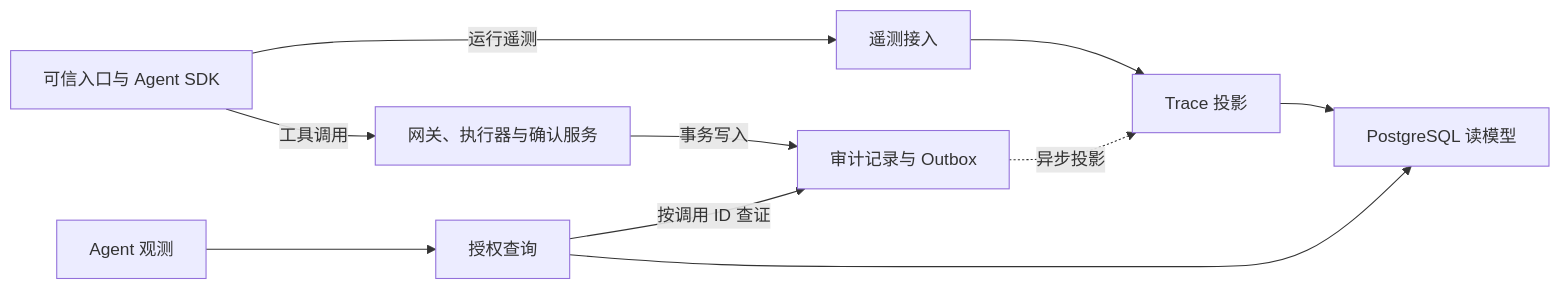
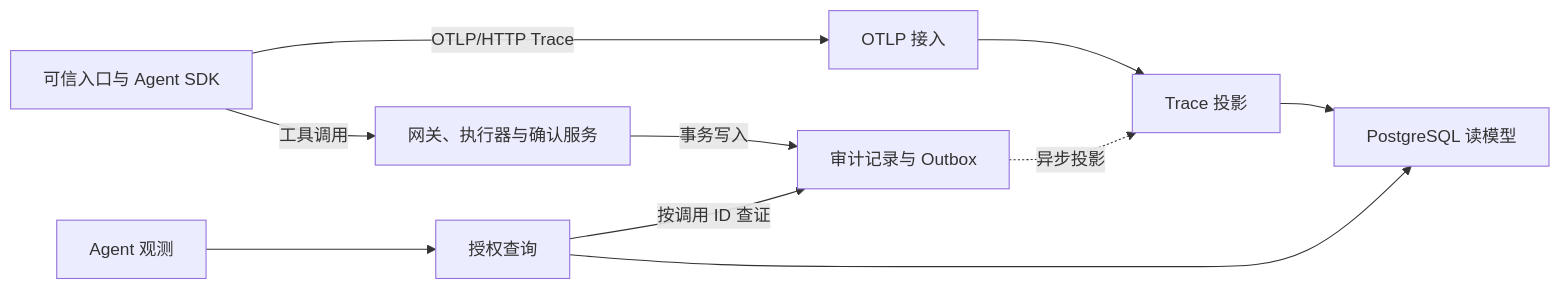
The diagram in docs/architecture/tracing-architecture.md (zhaochy1990/dubhe), drawn with Mermaid before and after one commit. The commit also changed other lines of this file and 2 other files, not shown here.

Commit message:
Limit V1 Tracing ingress to OTLP

````diff
--- a/docs/architecture/tracing-architecture.md
+++ b/docs/architecture/tracing-architecture.md
@@ -33,12 +35,12 @@
 ```mermaid
 flowchart LR
-  Agent["可信入口与 Agent SDK"] -->|运行遥测| Ingest["遥测接入"]
+  Agent["可信入口与 Agent SDK"] -->|OTLP/HTTP Trace| Ingest["OTLP 接入"]
   Agent -->|工具调用| Gateway["网关、执行器与确认服务"]
   Gateway -->|事务写入| Audit["审计记录与 Outbox"]
   Ingest --> Projection["Trace 投影"]
   Audit -.->|异步投影| Projection
   Projection --> Store["PostgreSQL 读模型"]
   Console["Agent 观测"] --> Query["授权查询"]
   Query --> Store
   Query -->|按调用 ID 查证| Audit
 ```
````
